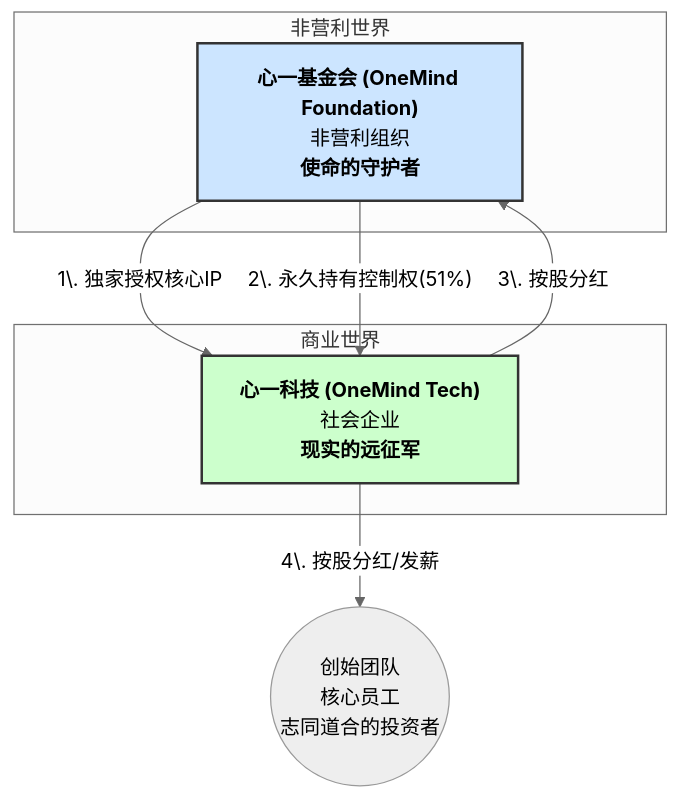
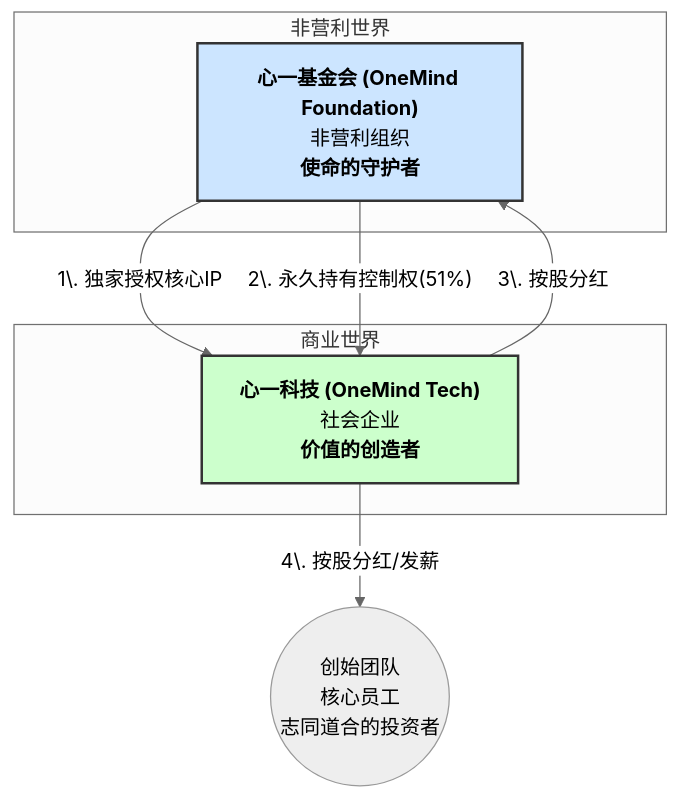
One commit to rainbow-loong/OneMind changed the diagram in doc/治理架构与顶层设计.md. Above: the diagram before and after it, drawn with Mermaid (neutral theme). The commit also changed other lines of this file and 3 other files, not shown here.

````diff
--- a/doc/治理架构与顶层设计.md
+++ b/doc/治理架构与顶层设计.md
@@ -24,18 +24,18 @@
 ```mermaid
 graph TD
     subgraph "非营利世界"
         A["<b>心一基金会 (OneMind Foundation)</b><br>非营利组织<br><b>使命的守护者</b>"]
     end
 
     subgraph "商业世界"
-        B["<b>心一科技 (OneMind Tech)</b><br>社会企业<br><b>现实的远征军</b>"]
+        B["<b>心一科技 (OneMind Tech)</b><br>社会企业<br><b>价值的创造者</b>"]
     end
 
     A -- "1\. 独家授权核心IP" --> B
     A -- "2\. 永久持有控制权(51%)" --> B
     B -- "3\. 按股分红" --> A
     B -- "4\. 按股分红/发薪" --> C((创始团队<br>核心员工<br>志同道合的投资者))
 
     style A fill:#cce5ff,stroke:#333,stroke-width:2px
     style B fill:#ccffcc,stroke:#333,stroke-width:2px
 ```
````
